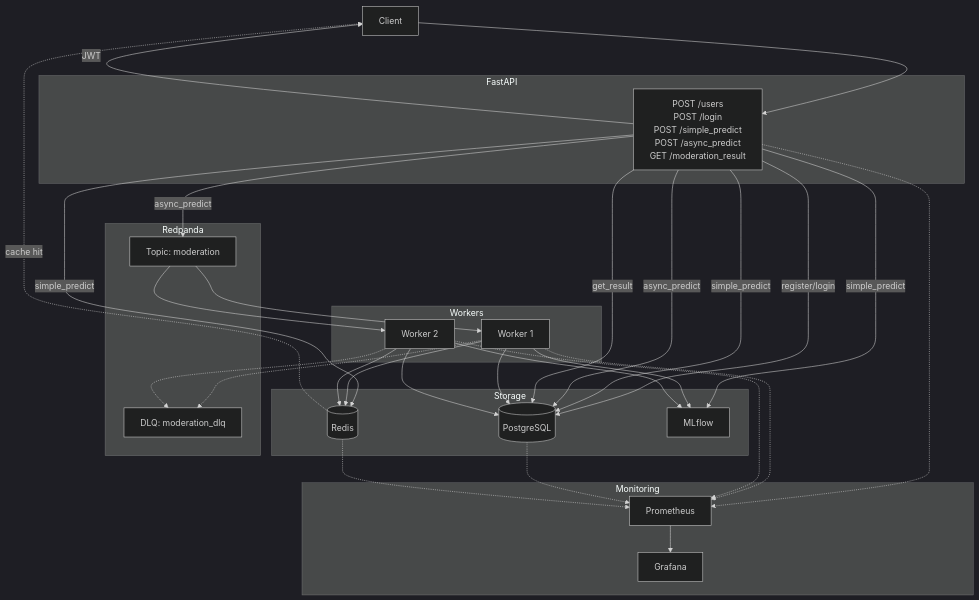
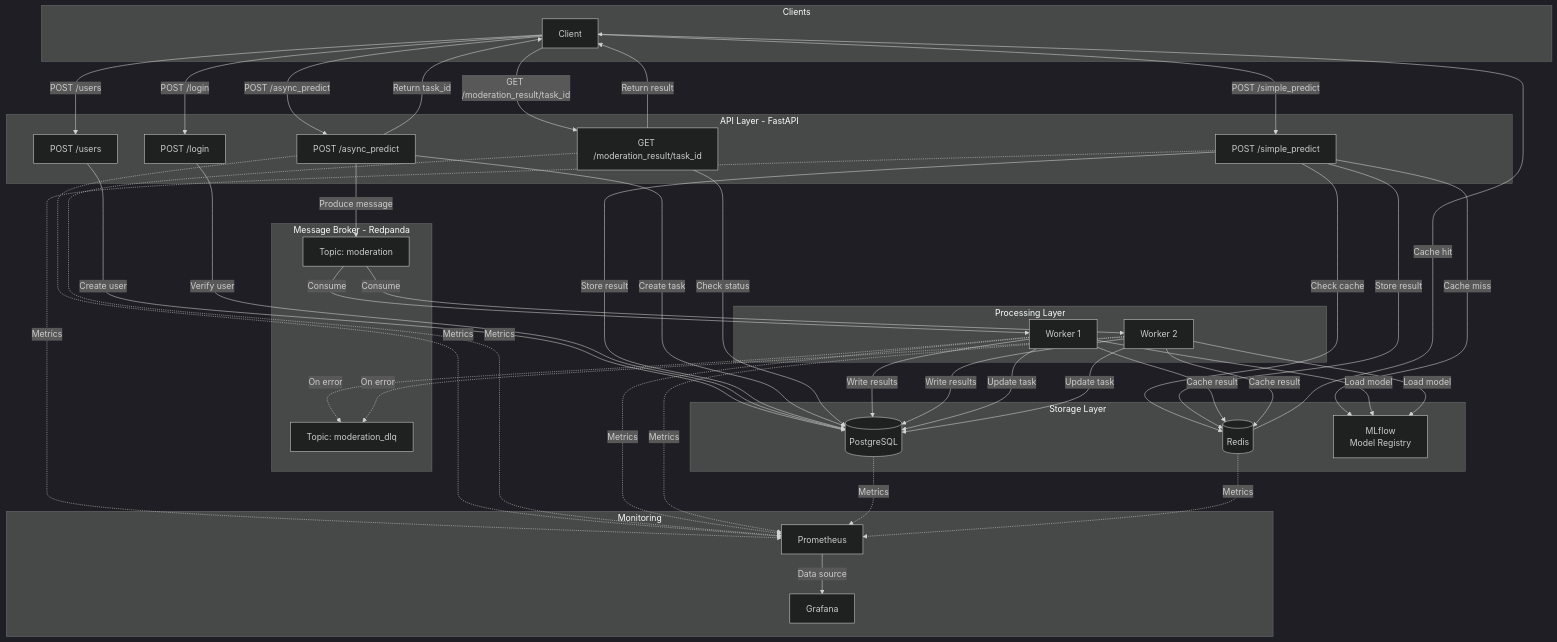
One commit to lizzz33/ads-moderation changed the diagram in README.md. Above: the diagram before and after it, drawn with Mermaid (dark theme).

````diff
--- a/README.md
+++ b/README.md
@@ -59,62 +59,85 @@
 ```mermaid
-graph TD
-    Client[Client]
+graph TB
+    subgraph Clients
+        Client[Client]
+    end
+
+    subgraph API_Layer[API Layer - FastAPI]
+        CreateUser[POST /users]
+        Login[POST /login]
+        SimplePredict[POST /simple_predict]
+        AsyncPredict[POST /async_predict]
+        GetResult[GET /moderation_result/task_id]
+    end
+
+    subgraph Message_Broker[Message Broker - Redpanda]
+        Kafka_Mod[Topic: moderation]
+        Kafka_DLQ[Topic: moderation_dlq]
+    end
+
+    subgraph Processing[Processing Layer]
+        Worker1[Worker 1]
+        Worker2[Worker 2]
+    end
+
+    subgraph Storage[Storage Layer]
+        PostgreSQL[(PostgreSQL)]
+        Redis[(Redis)]
+        MLflow[MLflow<br/>Model Registry]
+    end
+
+    subgraph Monitoring[Monitoring]
+        Prometheus[Prometheus]
+        Grafana[Grafana]
+    end
+
+    Client -->|POST /users| CreateUser
+    CreateUser -->|Create user| PostgreSQL
     
-    subgraph API[FastAPI]
-        A[POST /users<br/>POST /login<br/>POST /simple_predict<br/>POST /async_predict<br/>GET /moderation_result]
-    end
+    Client -->|POST /login| Login
+    Login -->|Verify user| PostgreSQL
     
-    subgraph Storage[Storage]
-        B[(PostgreSQL)]
-        C[(Redis)]
-        D[MLflow]
-    end
+    Client -->|POST /simple_predict| SimplePredict
+    SimplePredict -->|Check cache| Redis
+    Redis -->|Cache hit| Client
+    SimplePredict -->|Cache miss| MLflow
+    SimplePredict -->|Store result| Redis
+    SimplePredict -->|Store result| PostgreSQL
     
-    subgraph Redpanda[Redpanda]
-        E[Topic: moderation]
-        F[DLQ: moderation_dlq]
-    end
+    Client -->|POST /async_predict| AsyncPredict
+    AsyncPredict -->|Create task| PostgreSQL
+    AsyncPredict -->|Produce message| Kafka_Mod
+    AsyncPredict -->|Return task_id| Client
     
-    subgraph Workers[Workers]
-        G[Worker 1]
-        H[Worker 2]
-    end
+    Client -->|GET /moderation_result/task_id| GetResult
+    GetResult -->|Check status| PostgreSQL
+    GetResult -->|Return result| Client
     
-    subgraph Monitoring[Monitoring]
-        I[Prometheus]
-        J[Grafana]
-    end
+    Kafka_Mod -->|Consume| Worker1
+    Kafka_Mod -->|Consume| Worker2
     
-    Client --> A
+    Worker1 -->|Load model| MLflow
+    Worker2 -->|Load model| MLflow
     
-    A -->|register/login| B
-    A -->|simple_predict| C
-    A -->|simple_predict| D
-    A -->|simple_predict| B
-    A -->|async_predict| B
-    A -->|async_predict| E
-    A -->|get_result| B
+    Worker1 -->|Write results| PostgreSQL
+    Worker2 -->|Write results| PostgreSQL
     
-    C -.->|cache hit| Client
-    A -->|JWT| Client
+    Worker1 -->|Update task| PostgreSQL
+    Worker2 -->|Update task| PostgreSQL
     
-    E --> G
-    E --> H
+    Worker1 -->|Cache result| Redis
+    Worker2 -->|Cache result| Redis
     
-    G --> D
-    H --> D
-    G --> B
-    H --> B
-    G --> C
-    H --> C
-    G -.-> F
-    H -.-> F
+    Worker1 -.->|On error| Kafka_DLQ
+    Worker2 -.->|On error| Kafka_DLQ
     
-    A -.-> I
-    G -.-> I
-    H -.-> I
-    B -.-> I
-    C -.-> I
+    SimplePredict -.->|Metrics| Prometheus
+    AsyncPredict -.->|Metrics| Prometheus
+    GetResult -.->|Metrics| Prometheus
+    Worker1 -.->|Metrics| Prometheus
+    Worker2 -.->|Metrics| Prometheus
+    PostgreSQL -.->|Metrics| Prometheus
+    Redis -.->|Metrics| Prometheus
     
-    I --> J
+    Prometheus -->|Data source| Grafana
 ```
````
